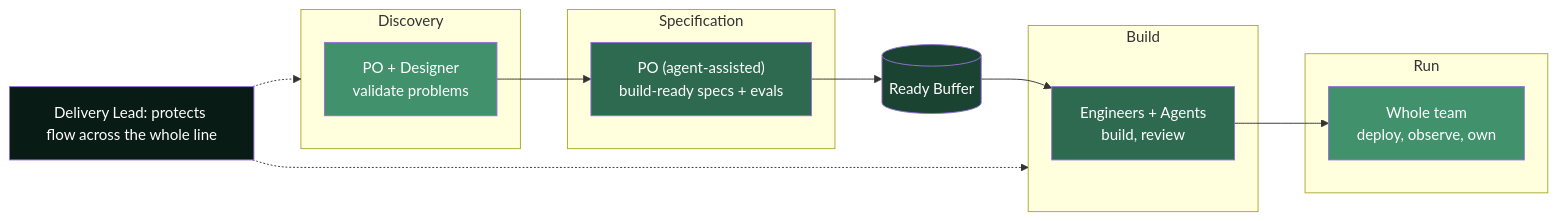
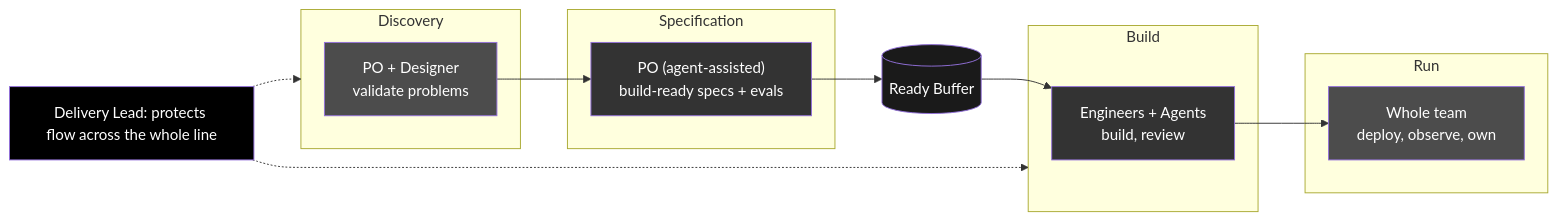
The second of 3 diagrams in docs/team-shape-and-roles.md (RED-Internal-Development/delivery-operating-model), drawn with Mermaid before and after one commit. The commit also changed other lines of this file, not shown here.

````diff
--- a/docs/team-shape-and-roles.md
+++ b/docs/team-shape-and-roles.md
@@ -111,25 +117,25 @@
 ```mermaid
 flowchart LR
     subgraph D["Discovery"]
         d1["PO + Designer<br/>validate problems"]
     end
     subgraph S["Specification"]
         s1["PO (agent-assisted)<br/>build-ready specs + evals"]
     end
     subgraph B["Build"]
         b1["Engineers + Agents<br/>build, review"]
     end
     subgraph R["Run"]
         r1["Whole team<br/>deploy, observe, own"]
     end
     d1 --> s1 --> RB[(Ready Buffer)] --> b1 --> r1
     EM["Delivery Lead: protects flow across the whole line"] -.-> D
     EM -.-> B
 
-    style d1 fill:#40916c,color:#fff
-    style s1 fill:#2d6a4f,color:#fff
-    style RB fill:#1b4332,color:#fff
-    style b1 fill:#2d6a4f,color:#fff
-    style r1 fill:#40916c,color:#fff
-    style EM fill:#081c15,color:#fff
+    style d1 fill:#4C4C4C,color:#fff
+    style s1 fill:#333333,color:#fff
+    style RB fill:#1A1A1A,color:#fff
+    style b1 fill:#333333,color:#fff
+    style r1 fill:#4C4C4C,color:#fff
+    style EM fill:#000000,color:#fff
 ```
````
